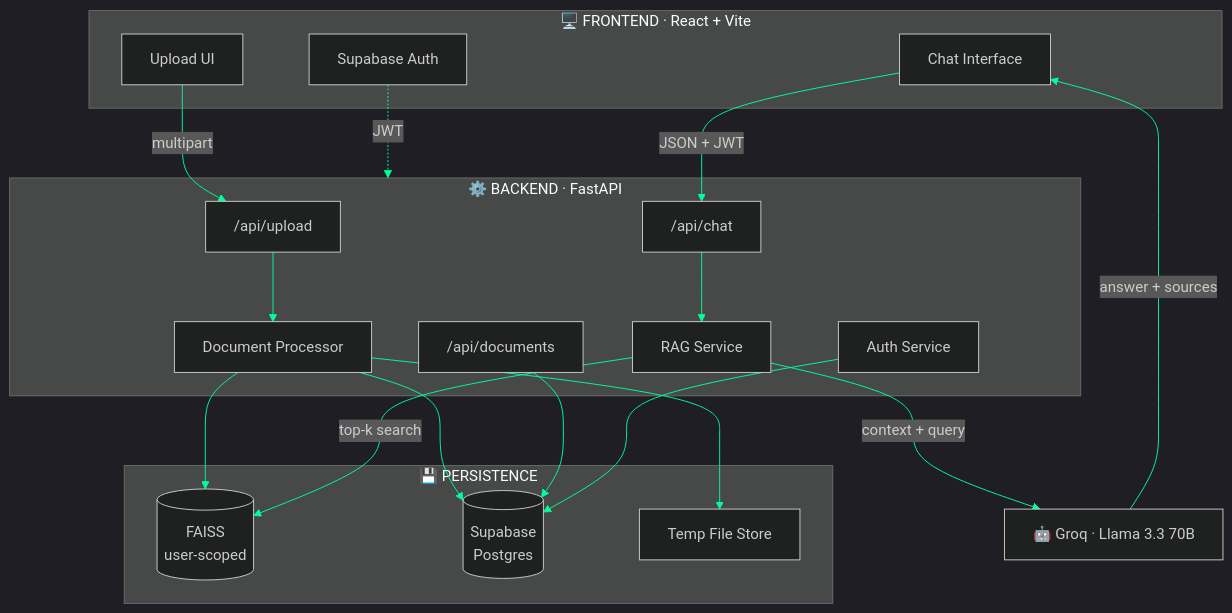
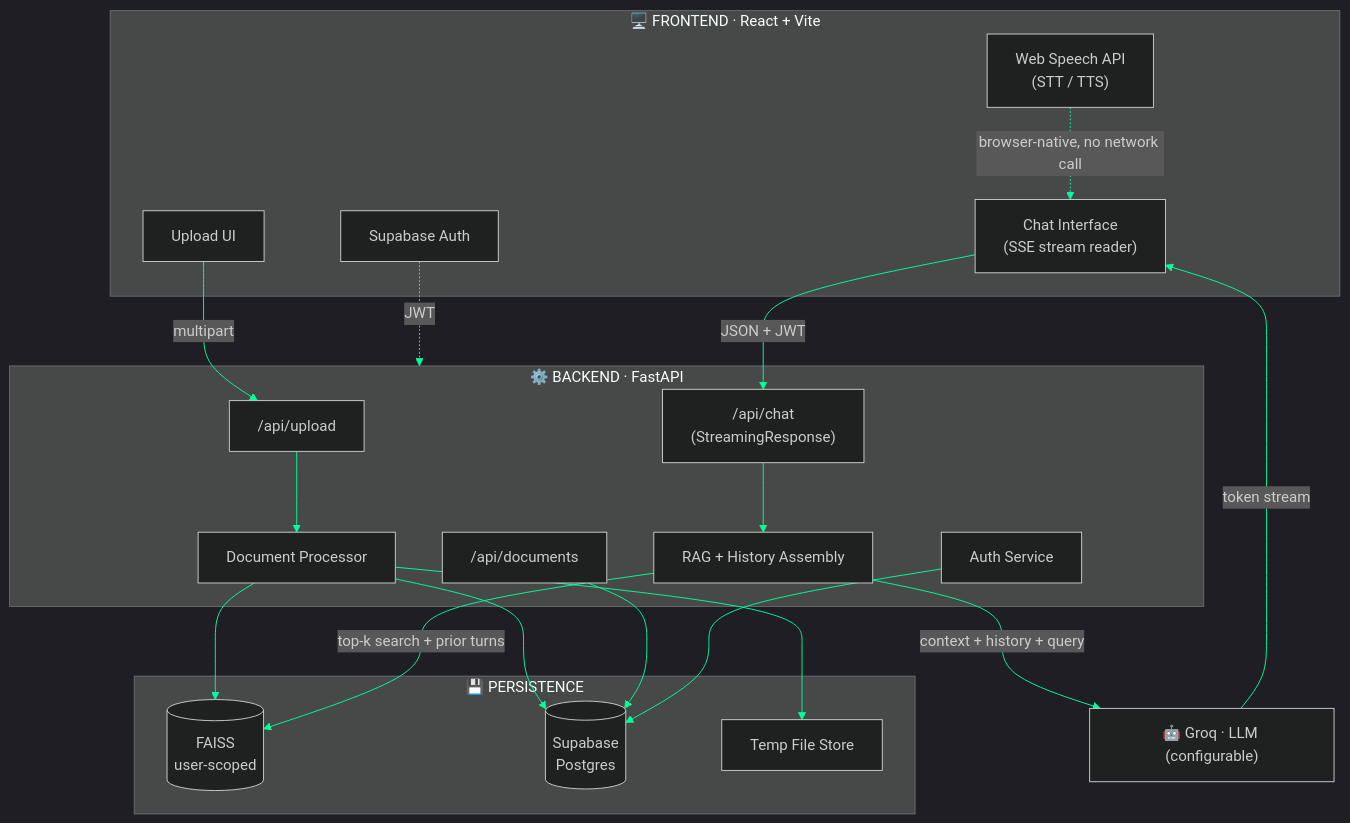
The first of 4 diagrams in README.md (fasih245/Vision-Fleet-AI), drawn with Mermaid before and after one commit. The commit also changed other lines of this file and 9 other files, not shown here.

````diff
--- a/README.md
+++ b/README.md
@@ -129,40 +147,42 @@
 ```mermaid
 %%{init: {'theme':'dark','themeVariables':{'primaryColor':'#0D1117','primaryTextColor':'#00FF9C','primaryBorderColor':'#00FF9C','lineColor':'#00FF9C','secondaryColor':'#161B22','tertiaryColor':'#161B22','fontFamily':'JetBrains Mono, monospace'}}}%%
 flowchart TB
     subgraph CLIENT["🖥️  FRONTEND · React + Vite"]
         U1["Upload UI"]
-        U2["Chat Interface"]
+        U2["Chat Interface<br/>(SSE stream reader)"]
         U3["Supabase Auth"]
+        U4["Web Speech API<br/>(STT / TTS)"]
     end
 
     subgraph API["⚙️  BACKEND · FastAPI"]
         R1["/api/upload"]
-        R2["/api/chat"]
+        R2["/api/chat<br/>(StreamingResponse)"]
         R3["/api/documents"]
         S1["Document Processor"]
-        S2["RAG Service"]
+        S2["RAG + History Assembly"]
         S3["Auth Service"]
     end
 
     subgraph DATA["💾  PERSISTENCE"]
         F1[("FAISS<br/>user-scoped")]
         F2[("Supabase<br/>Postgres")]
         F3["Temp File Store"]
     end
 
-    L1["🤖 Groq · Llama 3.3 70B"]
+    L1["🤖 Groq · LLM (configurable)"]
 
     U1 -->|multipart| R1
     U2 -->|JSON + JWT| R2
     U3 -.->|JWT| API
+    U4 -.->|browser-native, no network call| U2
 
     R1 --> S1 --> F3
     S1 --> F1
     S1 --> F2
     R2 --> S2
     R3 --> F2
-    S2 -->|top-k search| F1
-    S2 -->|context + query| L1
-    L1 -->|answer + sources| U2
+    S2 -->|top-k search + prior turns| F1
+    S2 -->|context + history + query| L1
+    L1 -->|token stream| U2
     S3 --> F2
 ```
````
